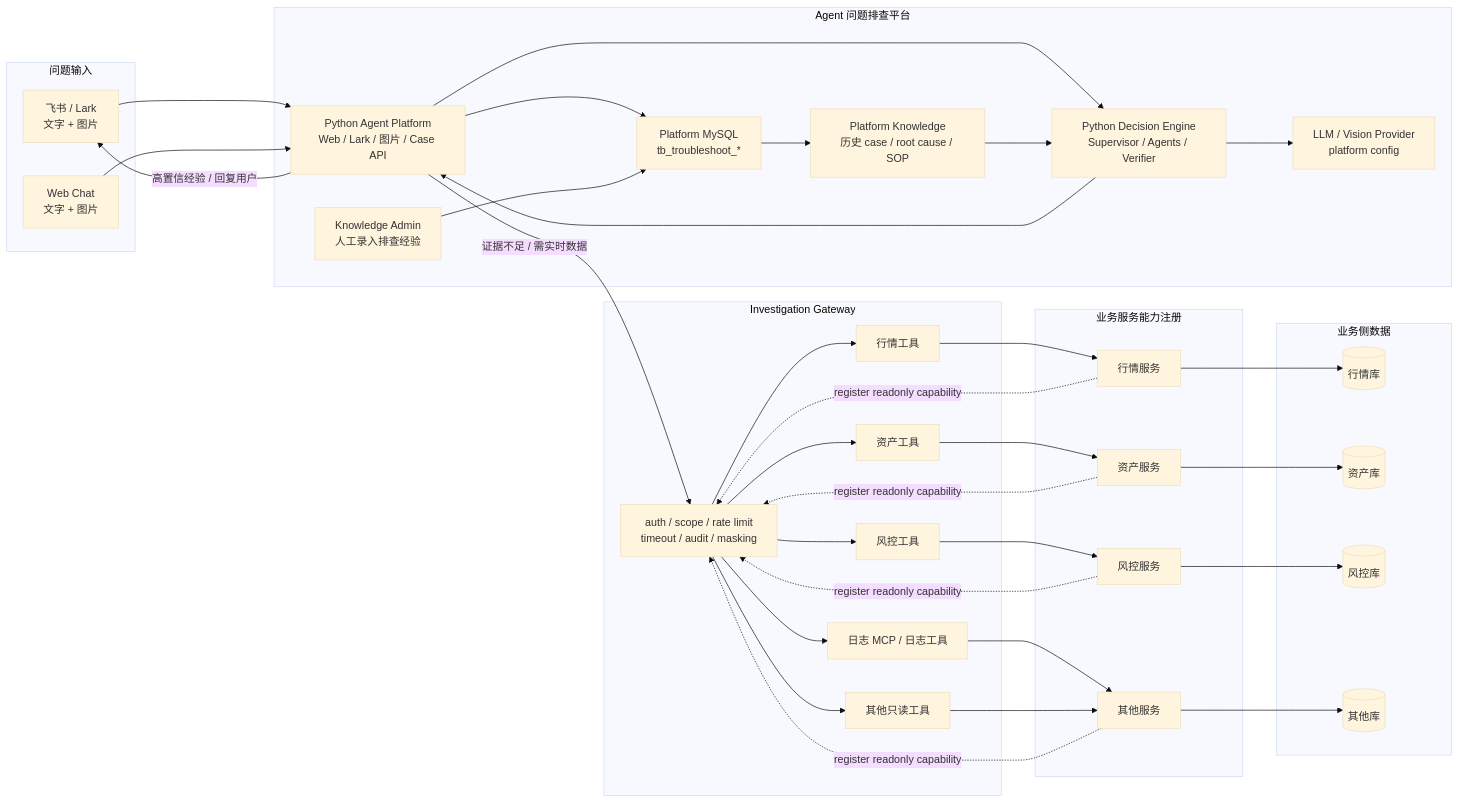
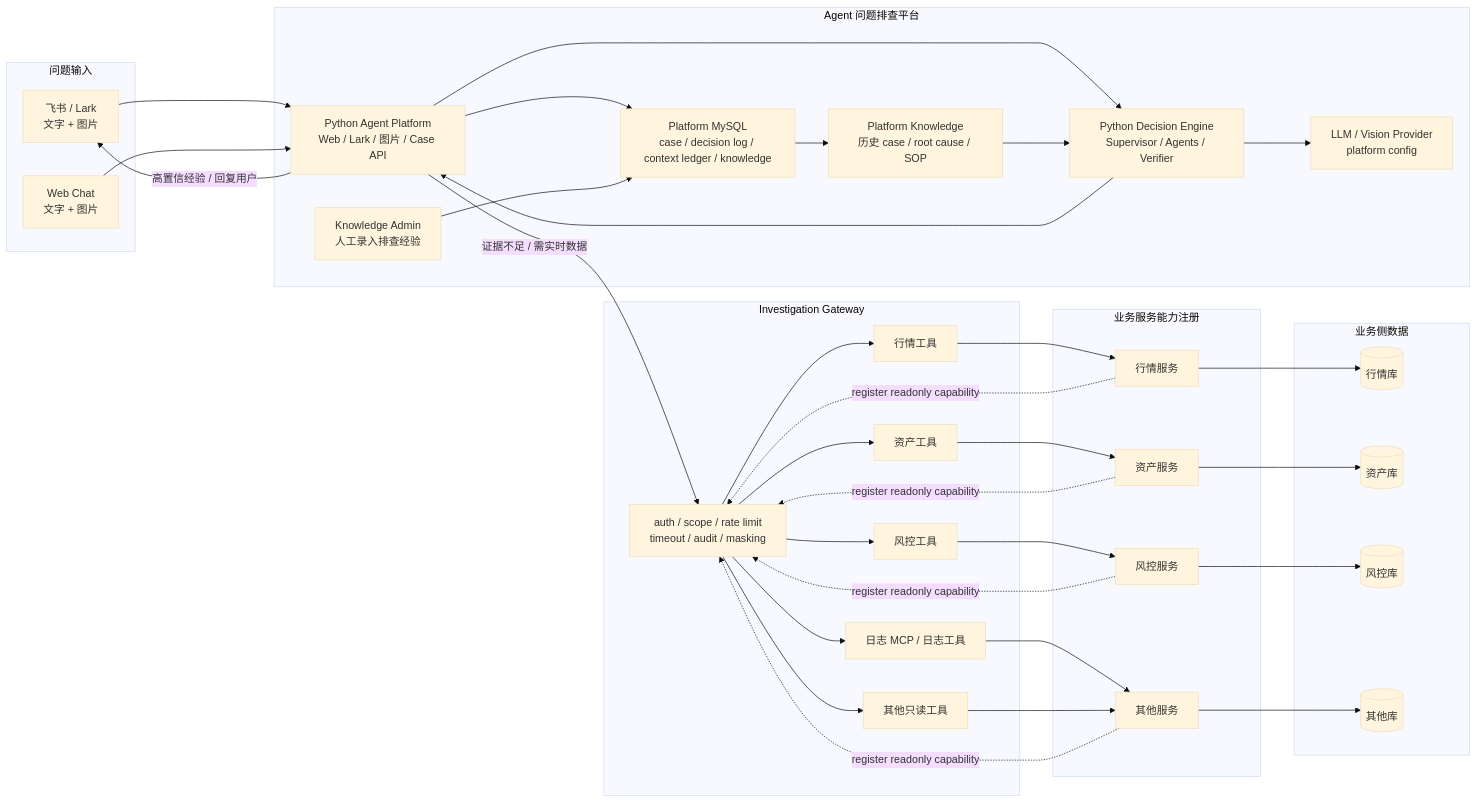
Before and after one commit to Nankis/ai-troubleshooter: the diagram in docs/architecture-decisions.md, drawn with Mermaid (base theme). The commit also changed other lines of this file and 20 other files, not shown here.

Commit message:
P-2026-036 add context ledger isolation

````diff
--- a/docs/architecture-decisions.md
+++ b/docs/architecture-decisions.md
@@ -34,69 +34,69 @@
 ```mermaid
 flowchart LR
   subgraph Input["问题输入"]
     Lark["飞书 / Lark<br/>文字 + 图片"]
     Web["Web Chat<br/>文字 + 图片"]
   end
 
   subgraph Platform["Agent 问题排查平台"]
     PyPlatform["Python Agent Platform<br/>Web / Lark / 图片 / Case API"]
     PyEngine["Python Decision Engine<br/>Supervisor / Agents / Verifier"]
-    Store["Platform MySQL<br/>tb_troubleshoot_*"]
+    Store["Platform MySQL<br/>case / decision log / context ledger / knowledge"]
     Knowledge["Platform Knowledge<br/>历史 case / root cause / SOP"]
     Admin["Knowledge Admin<br/>人工录入排查经验"]
     Model["LLM / Vision Provider<br/>platform config"]
   end
 
   subgraph Gateway["Investigation Gateway"]
     Gate["auth / scope / rate limit<br/>timeout / audit / masking"]
     LogsTool["日志 MCP / 日志工具"]
     MarketTool["行情工具"]
     AssetTool["资产工具"]
     RiskTool["风控工具"]
     OtherTool["其他只读工具"]
   end
 
   subgraph Business["业务服务能力注册"]
     MarketSvc["行情服务"]
     AssetSvc["资产服务"]
     RiskSvc["风控服务"]
     OtherSvc["其他服务"]
   end
 
   subgraph BusinessDB["业务侧数据"]
     MarketDB[(行情库)]
     AssetDB[(资产库)]
     RiskDB[(风控库)]
     OtherDB[(其他库)]
   end
 
   Lark --> PyPlatform
   Web --> PyPlatform
   PyPlatform --> PyEngine
   PyPlatform --> Store
   PyEngine --> Model
   PyEngine --> PyPlatform
   Admin --> Store
   Store --> Knowledge
   Knowledge --> PyEngine
   PyPlatform -- "高置信经验 / 回复用户" --> Lark
   PyPlatform -- "证据不足 / 需实时数据" --> Gate
   Gate --> LogsTool
   Gate --> MarketTool
   Gate --> AssetTool
   Gate --> RiskTool
   Gate --> OtherTool
   MarketSvc -. "register readonly capability" .-> Gate
   AssetSvc -. "register readonly capability" .-> Gate
   RiskSvc -. "register readonly capability" .-> Gate
   OtherSvc -. "register readonly capability" .-> Gate
   LogsTool --> OtherSvc
   MarketTool --> MarketSvc
   AssetTool --> AssetSvc
   RiskTool --> RiskSvc
   OtherTool --> OtherSvc
   MarketSvc --> MarketDB
   AssetSvc --> AssetDB
   RiskSvc --> RiskDB
   OtherSvc --> OtherDB
 ```
````
